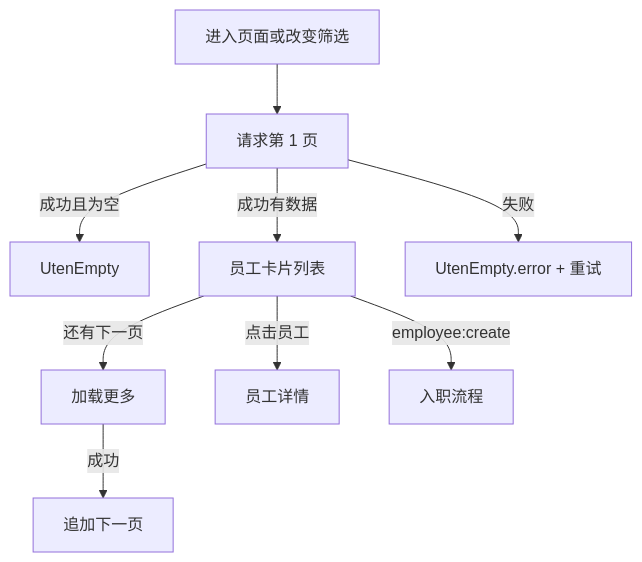
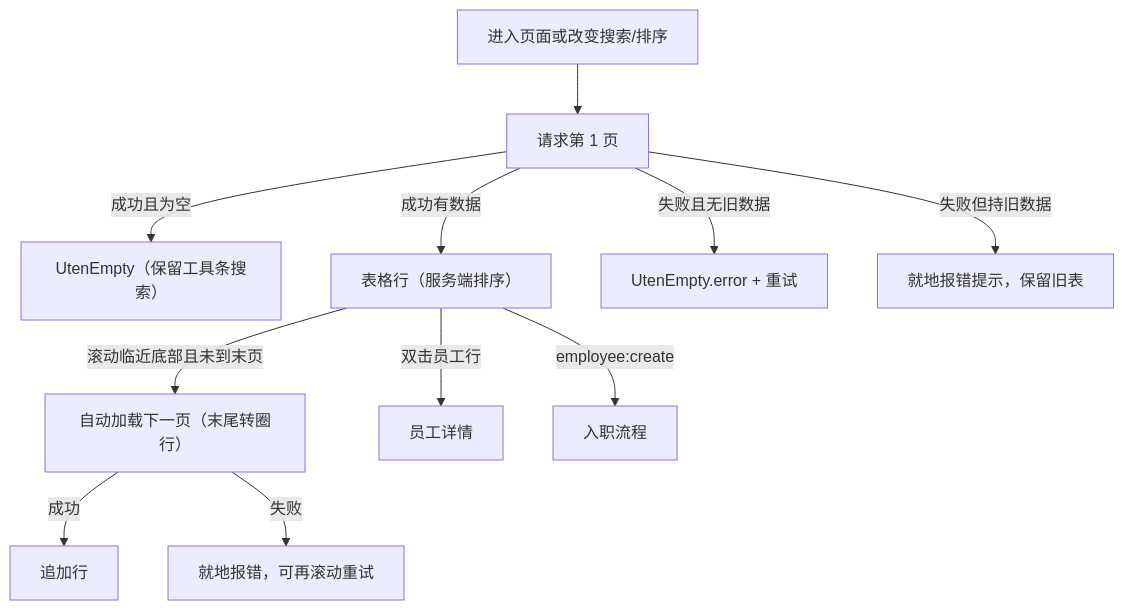
Before and after one commit to BruceChu0424/utenelec_imp: the diagram in docs/03-页面/员工列表页.md, drawn with Mermaid. The commit also changed other lines of this file and 714 other files, not shown here.

````diff
--- a/docs/03-页面/员工列表页.md
+++ b/docs/03-页面/员工列表页.md
@@ -91,11 +100,13 @@
 ```mermaid
 flowchart TD
-    A["进入页面或改变筛选"] --> B["请求第 1 页"]
-    B -->|成功且为空| C["UtenEmpty"]
-    B -->|成功有数据| D["员工卡片列表"]
-    B -->|失败| E["UtenEmpty.error + 重试"]
-    D -->|还有下一页| F["加载更多"]
-    F -->|成功| G["追加下一页"]
-    D -->|点击员工| H["员工详情"]
-    D -->|employee:create| I["入职流程"]
+    A["进入页面或改变搜索/排序"] --> B["请求第 1 页"]
+    B -->|成功且为空| C["UtenEmpty（保留工具条搜索）"]
+    B -->|成功有数据| D["表格行（服务端排序）"]
+    B -->|失败且无旧数据| E["UtenEmpty.error + 重试"]
+    B -->|失败但持旧数据| F["就地报错提示，保留旧表"]
+    D -->|滚动临近底部且未到末页| G["自动加载下一页（末尾转圈行）"]
+    G -->|成功| H["追加行"]
+    G -->|失败| I["就地报错，可再滚动重试"]
+    D -->|双击员工行| J["员工详情"]
+    D -->|employee:create| K["入职流程"]
 ```
````
